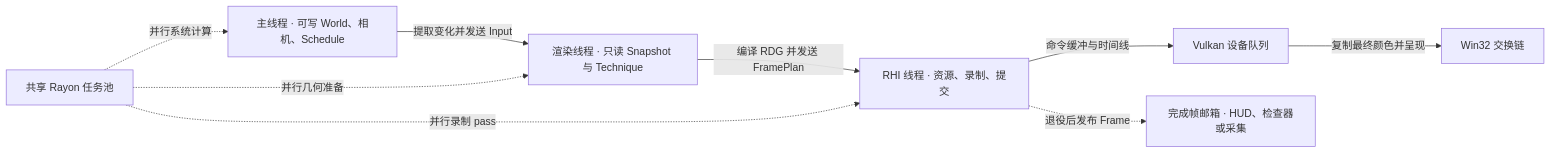
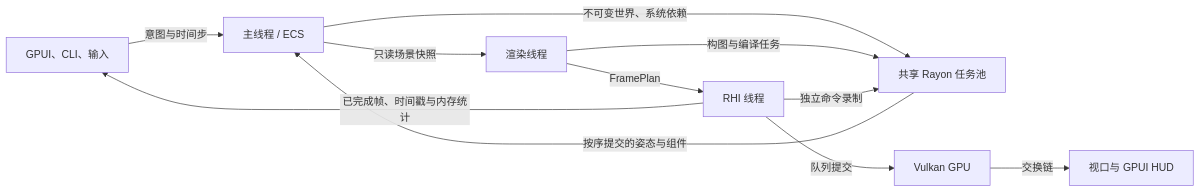
The diagram in docs/architecture.md (re-define/render-lab), drawn with Mermaid before and after one commit. The commit also changed other lines of this file and 64 other files, not shown here.

````diff
--- a/docs/architecture.md
+++ b/docs/architecture.md
@@ -7,11 +3,13 @@
-~~~mermaid
+```mermaid
 flowchart LR
-    W["主线程 · 可写 World、相机、Schedule"] -->|提取变化并发送 Input| R["渲染线程 · 只读 Snapshot 与 Technique"]
-    R -->|编译 RDG 并发送 FramePlan| B["RHI 线程 · 资源、录制、提交"]
-    T["共享 Rayon 任务池"] -.->|并行系统计算| W
-    T -.->|并行几何准备| R
-    T -.->|并行录制 pass| B
-    B -->|命令缓冲与时间线| GPU["Vulkan 设备队列"]
-    GPU -->|复制最终颜色并呈现| WIN["Win32 交换链"]
-    B -.->|退役后发布 Frame| UI["完成帧邮箱 · HUD、检查器或采集"]
-~~~
+ UI["GPUI、CLI、输入"] -->|意图与时间步| Main["主线程 / ECS"]
+ Main -->|不可变世界、系统依赖| Tasks["共享 Rayon 任务池"]
+ Tasks -->|按序提交的姿态与组件| Main
+ Main -->|只读场景快照| Render["渲染线程"]
+ Render -->|构图与编译任务| Tasks
+ Render -->|FramePlan| RHI["RHI 线程"]
+ RHI -->|独立命令录制| Tasks
+ RHI -->|队列提交| GPU["Vulkan GPU"]
+ GPU -->|交换链| View["视口与 GPUI HUD"]
+ RHI -->|已完成帧、时间戳与内存统计| UI
+```
````
